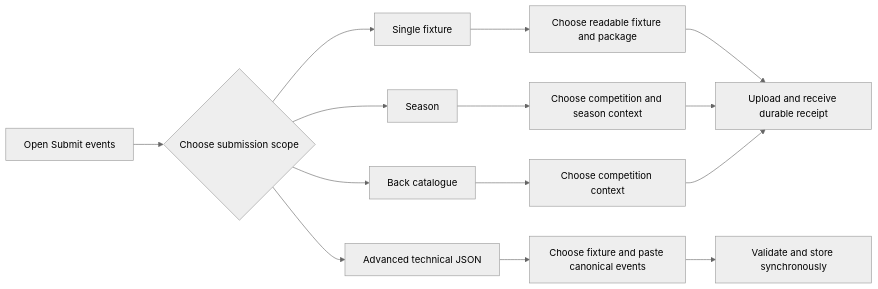
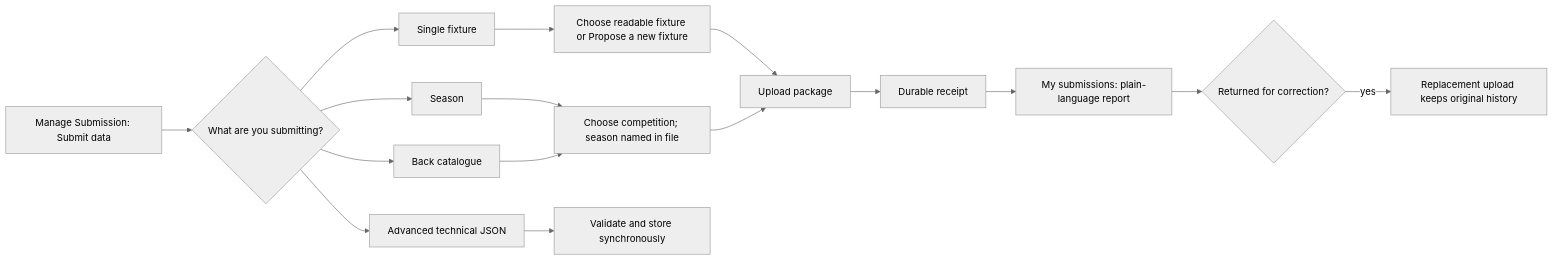
Before and after one commit to NadavSundy/Sport-Analytics-Tool: the fifth of 8 diagrams in docs/design/information-architecture-and-wireframes.md, drawn with Mermaid (neutral theme). The commit also changed other lines of this file and 10 other files, not shown here.

````diff
--- a/docs/design/information-architecture-and-wireframes.md
+++ b/docs/design/information-architecture-and-wireframes.md
@@ -179,16 +210,18 @@
 ```mermaid
 flowchart LR
-    A[Open Submit events] --> B{Choose submission scope}
+    A[Manage Submission: Submit data] --> B{What are you submitting?}
     B --> C[Single fixture]
     B --> D[Season]
     B --> E[Back catalogue]
     B --> F[Advanced technical JSON]
-    C --> G[Choose readable fixture and package]
-    D --> H[Choose competition and season context]
-    E --> I[Choose competition context]
-    F --> J[Choose fixture and paste canonical events]
-    G --> K[Upload and receive durable receipt]
-    H --> K
-    I --> K
-    J --> L[Validate and store synchronously]
+    C --> G[Choose readable fixture or Propose a new fixture]
+    D --> H[Choose competition; season named in file]
+    E --> H
+    G --> I[Upload package]
+    H --> I
+    I --> J[Durable receipt]
+    J --> K[My submissions: plain-language report]
+    K --> L{Returned for correction?}
+    L -- yes --> M[Replacement upload keeps original history]
+    F --> N[Validate and store synchronously]
 ```
````
